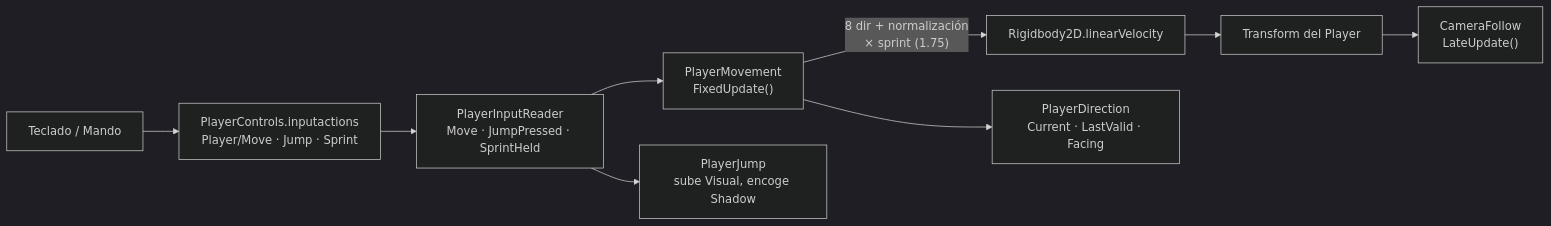
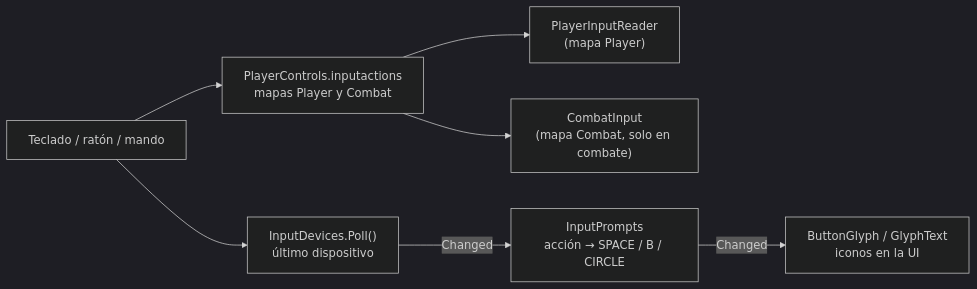
Before and after one commit to 0266768-velita/Videogame-Development: the third of 8 diagrams in TD_Game_ARQUITECTURA.md, drawn with Mermaid (dark theme). The commit also changed other lines of this file and 2 other files, not shown here.

````diff
--- a/TD_Game_ARQUITECTURA.md
+++ b/TD_Game_ARQUITECTURA.md
@@ -112,11 +227,9 @@
 ```mermaid
 flowchart LR
-    K[Teclado / Mando] --> IA["PlayerControls.inputactions<br/>Player/Move · Jump · Sprint"]
-    IA --> R["PlayerInputReader<br/>Move · JumpPressed · SprintHeld"]
-    R --> M["PlayerMovement<br/>FixedUpdate()"]
-    R --> J["PlayerJump<br/>sube Visual, encoge Shadow"]
-    M -- "8 dir + normalización<br/>× sprint (1.75)" --> RB["Rigidbody2D.linearVelocity"]
-    M --> D["PlayerDirection<br/>Current · LastValid · Facing"]
-    RB --> T[Transform del Player]
-    T --> C["CameraFollow<br/>LateUpdate()"]
+    HW["Teclado / ratón / mando"] --> IA["PlayerControls.inputactions<br/>mapas Player y Combat"]
+    IA --> PIR["PlayerInputReader<br/>(mapa Player)"]
+    IA --> CI["CombatInput<br/>(mapa Combat, solo en combate)"]
+    HW --> ID["InputDevices.Poll()<br/>último dispositivo"]
+    ID -->|"Changed"| IP["InputPrompts<br/>acción → SPACE / B / CIRCLE"]
+    IP -->|"Changed"| BG["ButtonGlyph / GlyphText<br/>iconos en la UI"]
 ```
````
